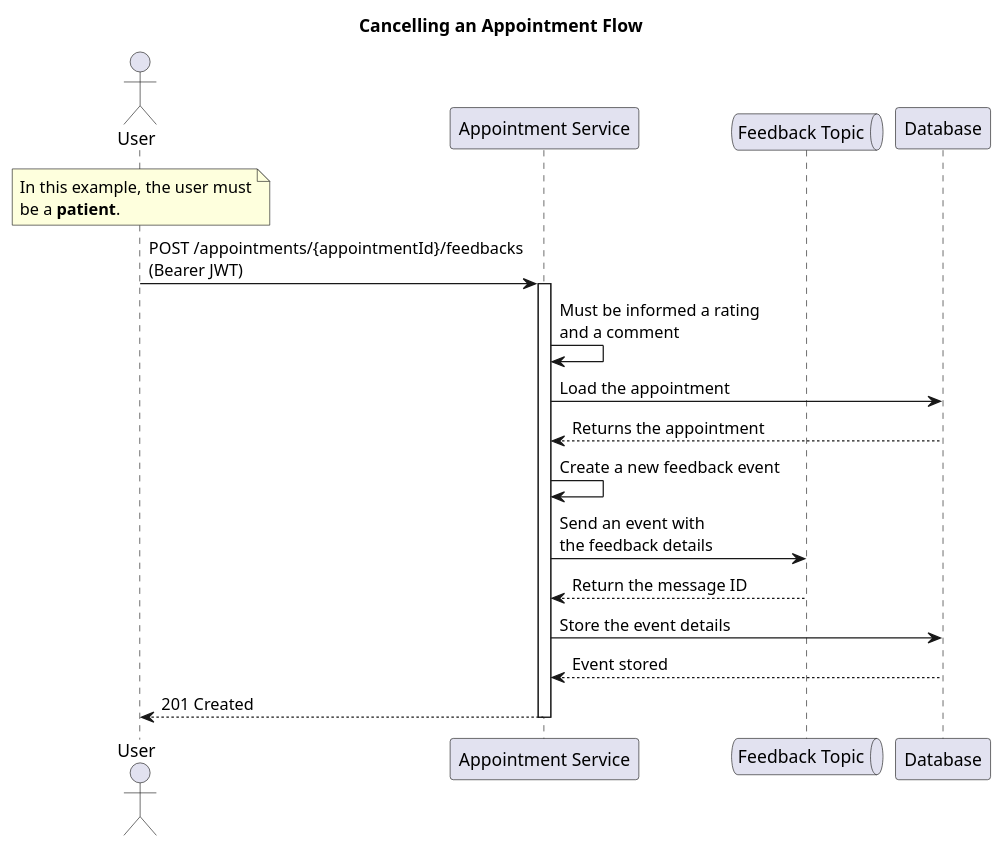
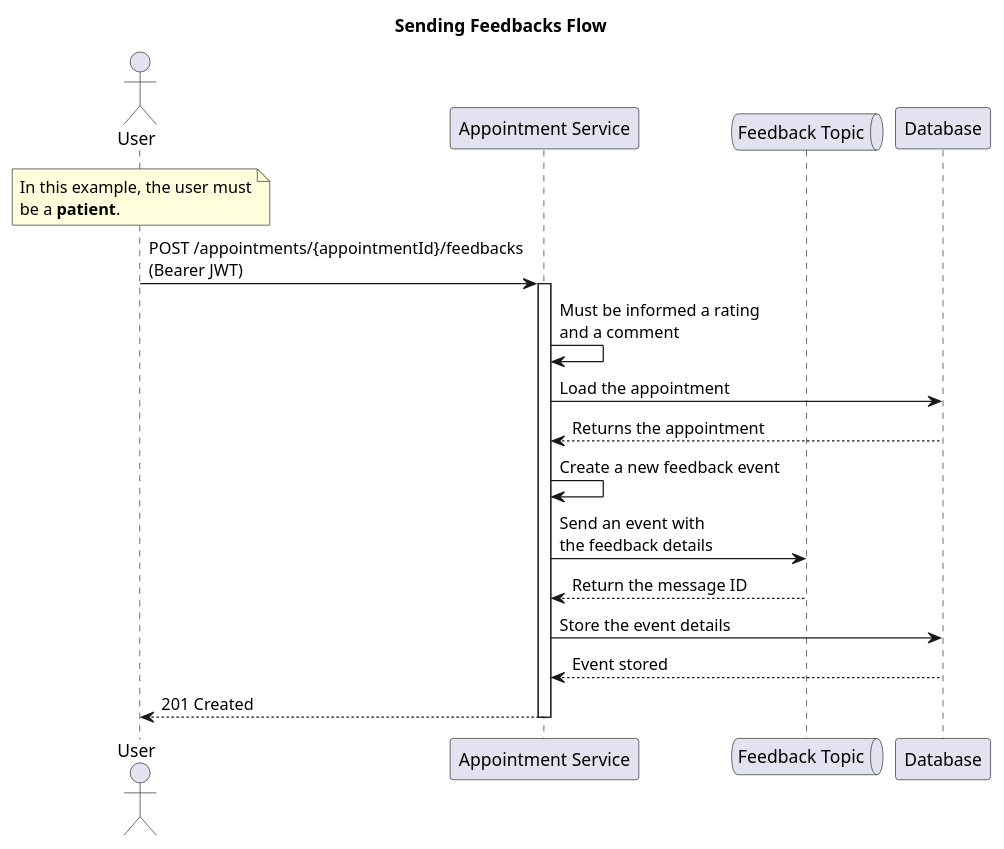
Before and after one commit to jfelipearaujo-healthmed/appointment-service: the diagram in docs/feedback_appointment.puml, drawn with PlantUML. The commit also changed 20 other files, not shown here.

```diff
--- a/docs/feedback_appointment.puml
+++ b/docs/feedback_appointment.puml
@@ -1,30 +1,30 @@
 @startuml feedback_appointment
 
-title Cancelling an Appointment Flow
+title Sending Feedbacks Flow
 
 actor "User" as user
 participant "Appointment Service" as appointment_service
 queue "Feedback Topic" as topic
 participant "Database" as database
 
 note over user
 In this example, the user must
 be a **patient**.
 end note
 
 user -> appointment_service: POST /appointments/{appointmentId}/feedbacks\n(Bearer JWT)
 
 activate appointment_service
 appointment_service -> appointment_service: Must be informed a rating\nand a comment
 appointment_service -> database: Load the appointment
 database --> appointment_service: Returns the appointment
 appointment_service -> appointment_service: Create a new feedback event
 appointment_service -> topic: Send an event with\nthe feedback details
 topic --> appointment_service: Return the message ID
 appointment_service -> database: Store the event details
 database --> appointment_service: Event stored
 appointment_service --> user: 201 Created
 deactivate appointment_service
 
 
 @enduml
```
